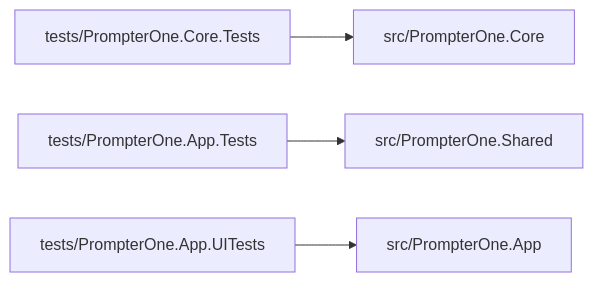
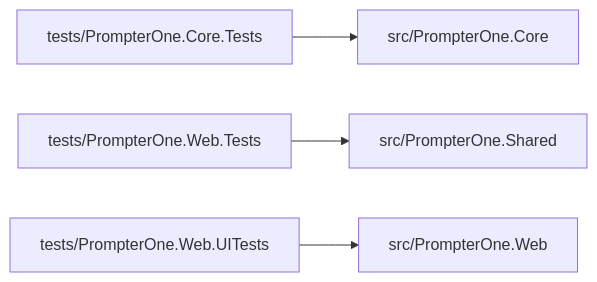
Before and after one commit to managedcode/PrompterOne: diagram 14 of 14 in docs/Architecture.md, drawn with Mermaid. The commit also changed other lines of this file and 20 other files, not shown here.

````diff
--- a/docs/Architecture.md
+++ b/docs/Architecture.md
@@ -529,10 +531,10 @@
 ```mermaid
 flowchart LR
     CoreTests["tests/PrompterOne.Core.Tests"]
-    AppTests["tests/PrompterOne.App.Tests"]
-    UiTests["tests/PrompterOne.App.UITests"]
+    AppTests["tests/PrompterOne.Web.Tests"]
+    UiTests["tests/PrompterOne.Web.UITests"]
 
     CoreTests --> Core["src/PrompterOne.Core"]
     AppTests --> Shared["src/PrompterOne.Shared"]
-    UiTests --> App["src/PrompterOne.App"]
+    UiTests --> App["src/PrompterOne.Web"]
 ```
````
